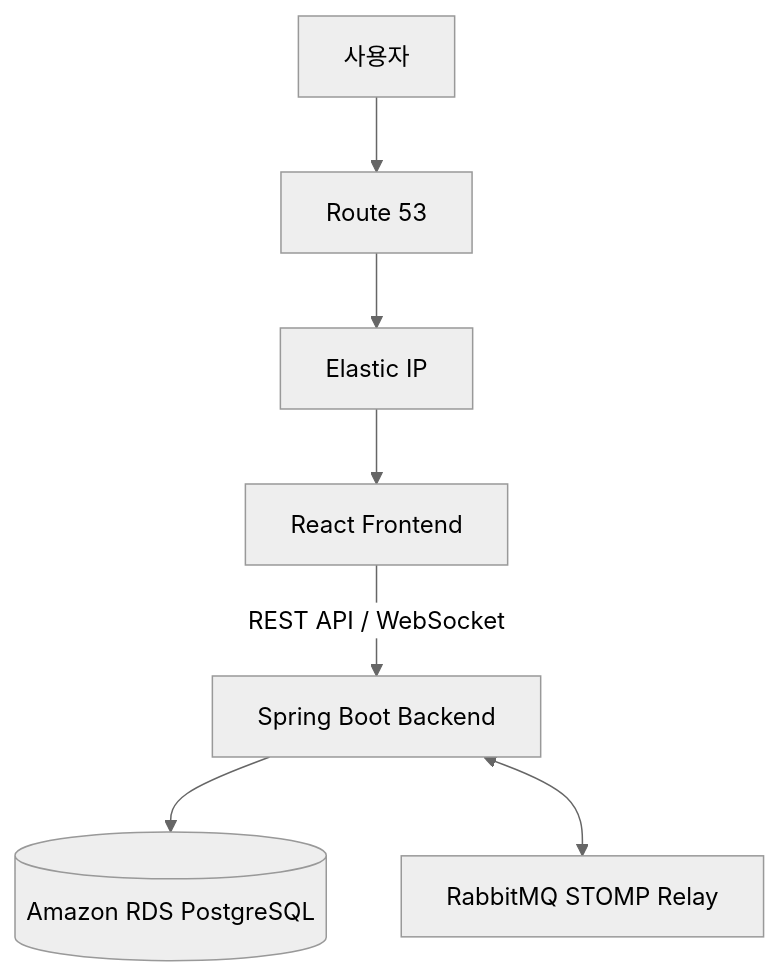
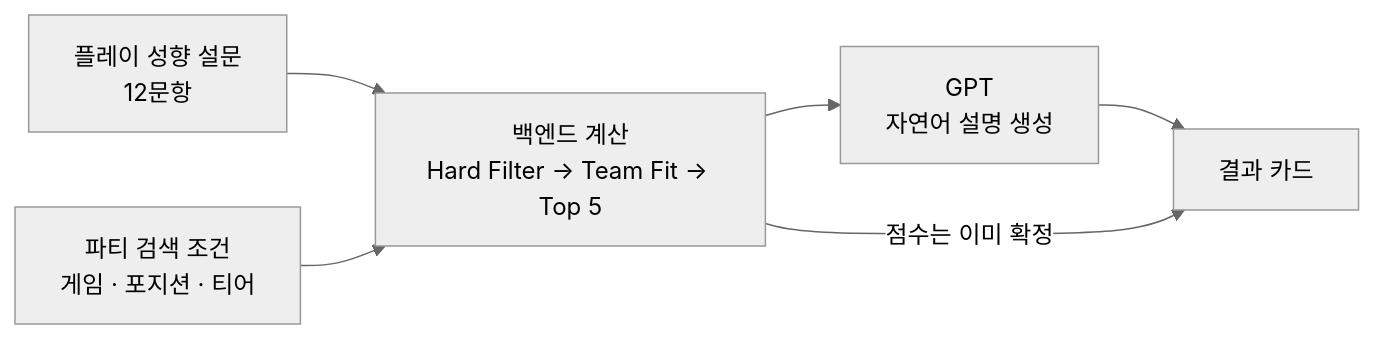
One commit to NexusOps-gamehouse/.github changed the first of 2 diagrams in profile/README.md. Above: the diagram before and after it, drawn with Mermaid (neutral theme). The commit also changed other lines of this file, not shown here.

````diff
--- a/profile/README.md
+++ b/profile/README.md
@@ -96,9 +44,8 @@
 ```mermaid
-flowchart TD
-    U["사용자"] --> R["Route 53"]
-    R --> E["Elastic IP"]
-    E --> F["React Frontend"]
-    F -->|"REST API / WebSocket"| B["Spring Boot Backend"]
-    B --> D[("Amazon RDS PostgreSQL")]
-    B <--> Q["RabbitMQ STOMP Relay"]
+flowchart LR
+    A["플레이 성향 설문<br/>12문항"] --> C
+    B["파티 검색 조건<br/>게임 · 포지션 · 티어"] --> C
+    C["백엔드 계산<br/>Hard Filter → Team Fit → Top 5"] --> D
+    D["GPT<br/>자연어 설명 생성"] --> E["결과 카드"]
+    C -->|"점수는 이미 확정"| E
 ```
````
